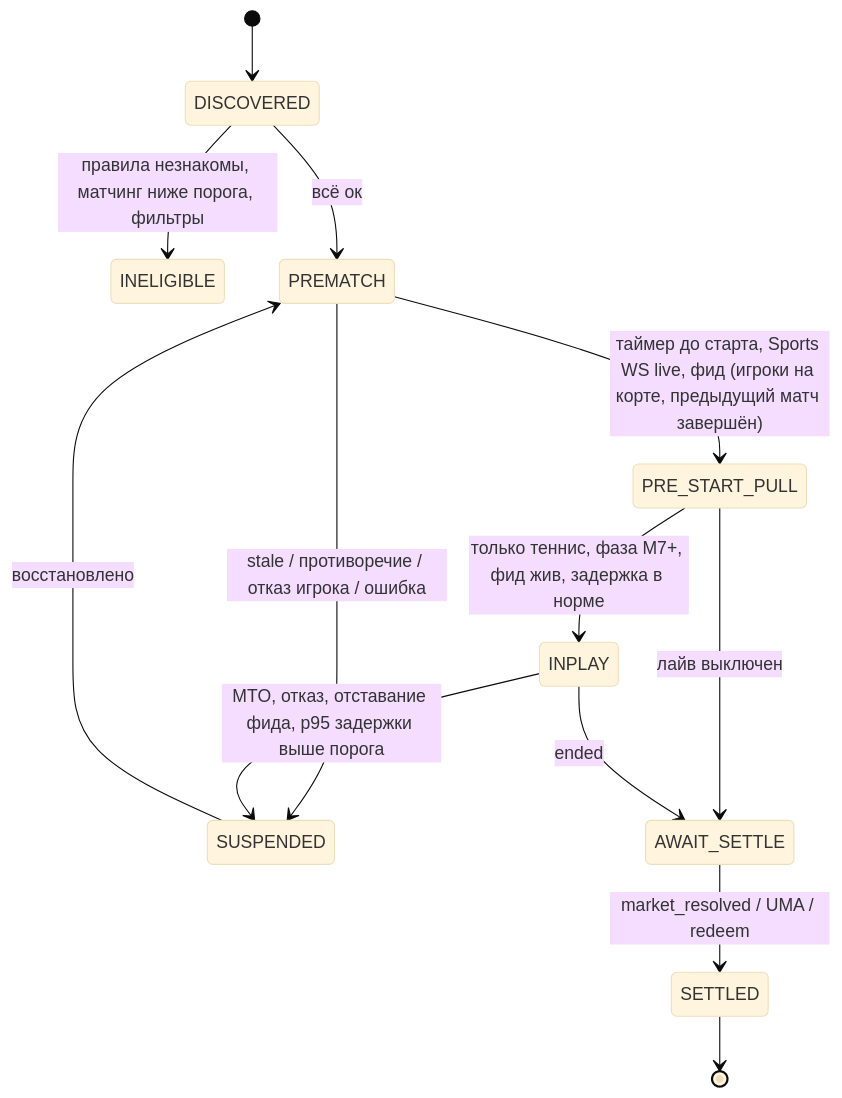
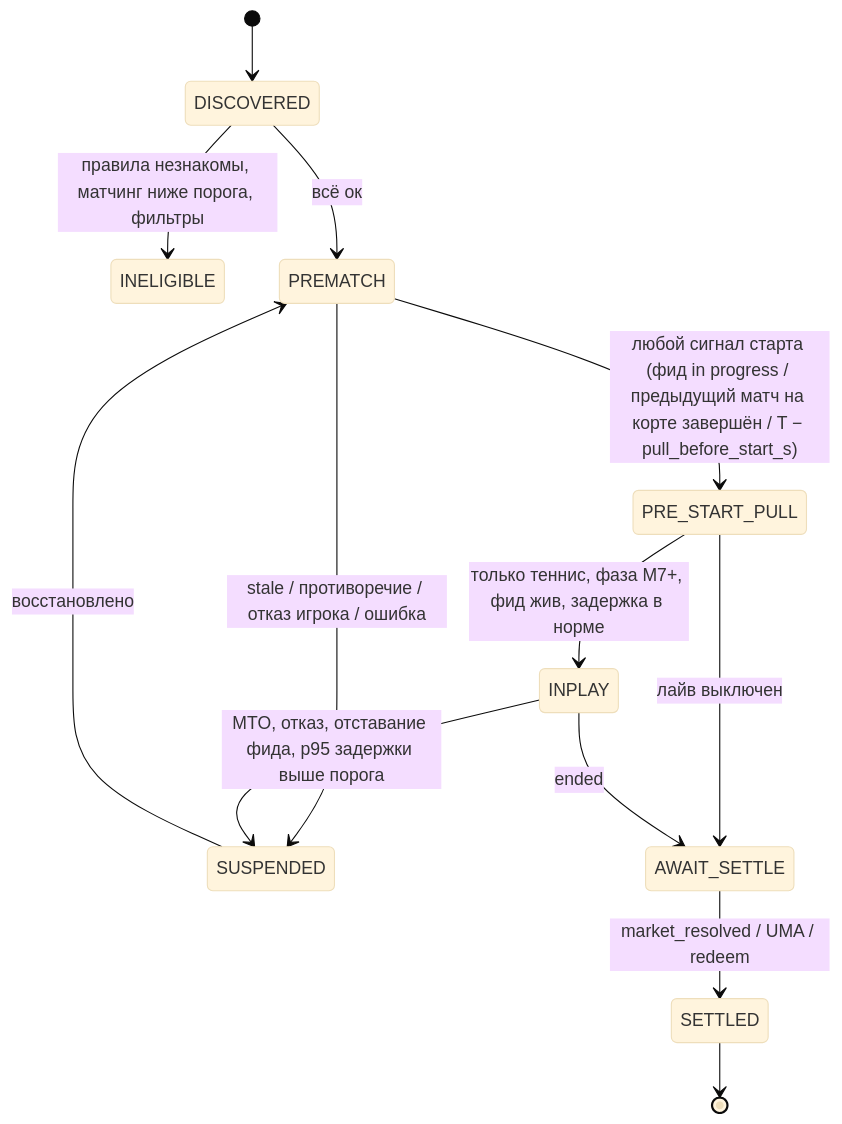
One commit to kirgfs/bot-polyt changed the second of 2 diagrams in docs/architecture.md. Above: the diagram before and after it, drawn with Mermaid (base theme). The commit also changed other lines of this file and 81 other files, not shown here.

````diff
--- a/docs/architecture.md
+++ b/docs/architecture.md
@@ -189,15 +169,15 @@
 ```mermaid
 stateDiagram-v2
   [*] --> DISCOVERED
   DISCOVERED --> INELIGIBLE: правила незнакомы, матчинг ниже порога, фильтры
   DISCOVERED --> PREMATCH: всё ок
-  PREMATCH --> PRE_START_PULL: таймер до старта, Sports WS live, фид (игроки на корте, предыдущий матч завершён)
+  PREMATCH --> PRE_START_PULL: любой сигнал старта (фид in progress / предыдущий матч на корте завершён / T − pull_before_start_s)
   PREMATCH --> SUSPENDED: stale / противоречие / отказ игрока / ошибка
   SUSPENDED --> PREMATCH: восстановлено
   PRE_START_PULL --> INPLAY: только теннис, фаза M7+, фид жив, задержка в норме
   PRE_START_PULL --> AWAIT_SETTLE: лайв выключен
   INPLAY --> SUSPENDED: MTO, отказ, отставание фида, p95 задержки выше порога
   INPLAY --> AWAIT_SETTLE: ended
   AWAIT_SETTLE --> SETTLED: market_resolved / UMA / redeem
   SETTLED --> [*]
 ```
````
